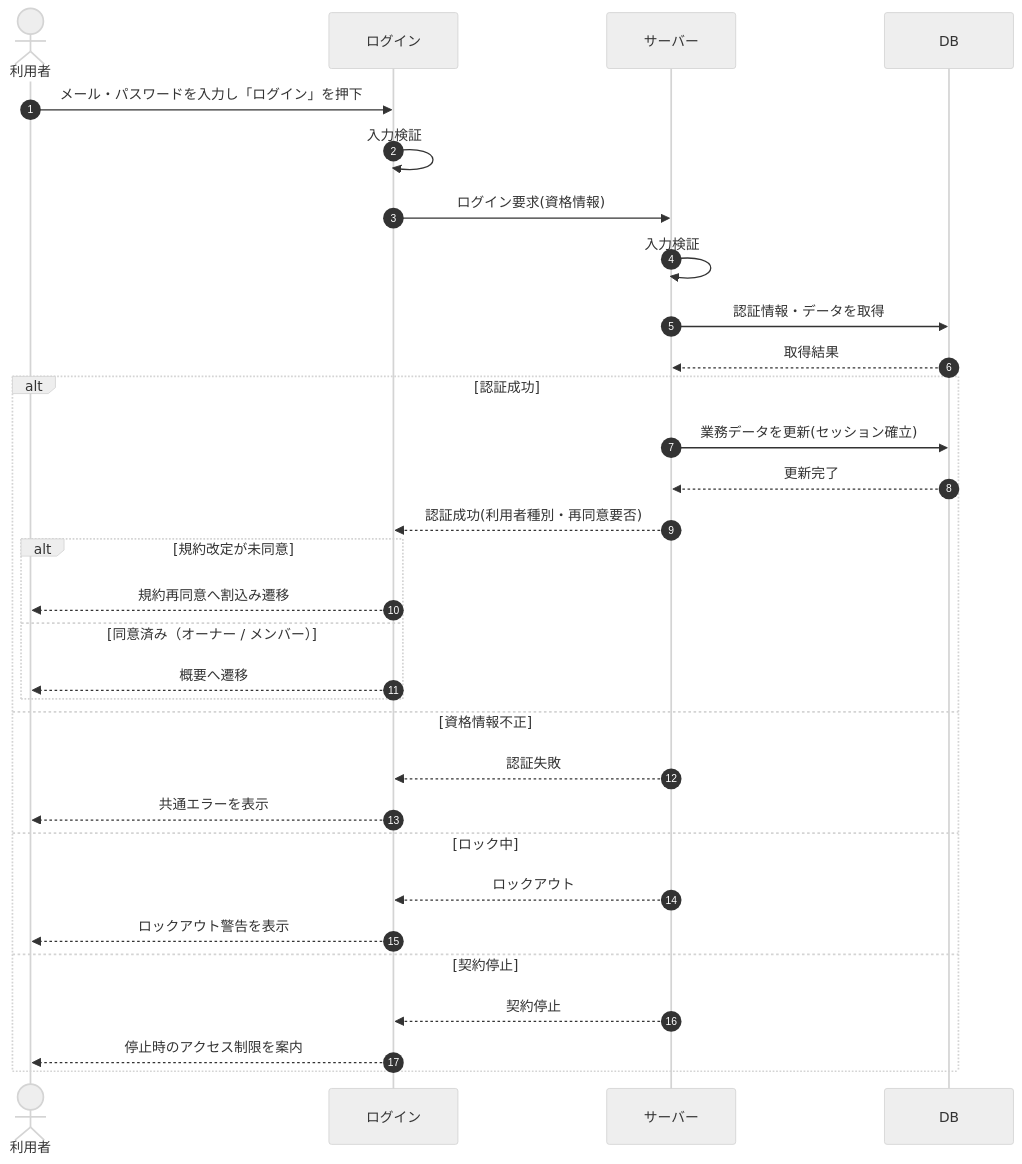
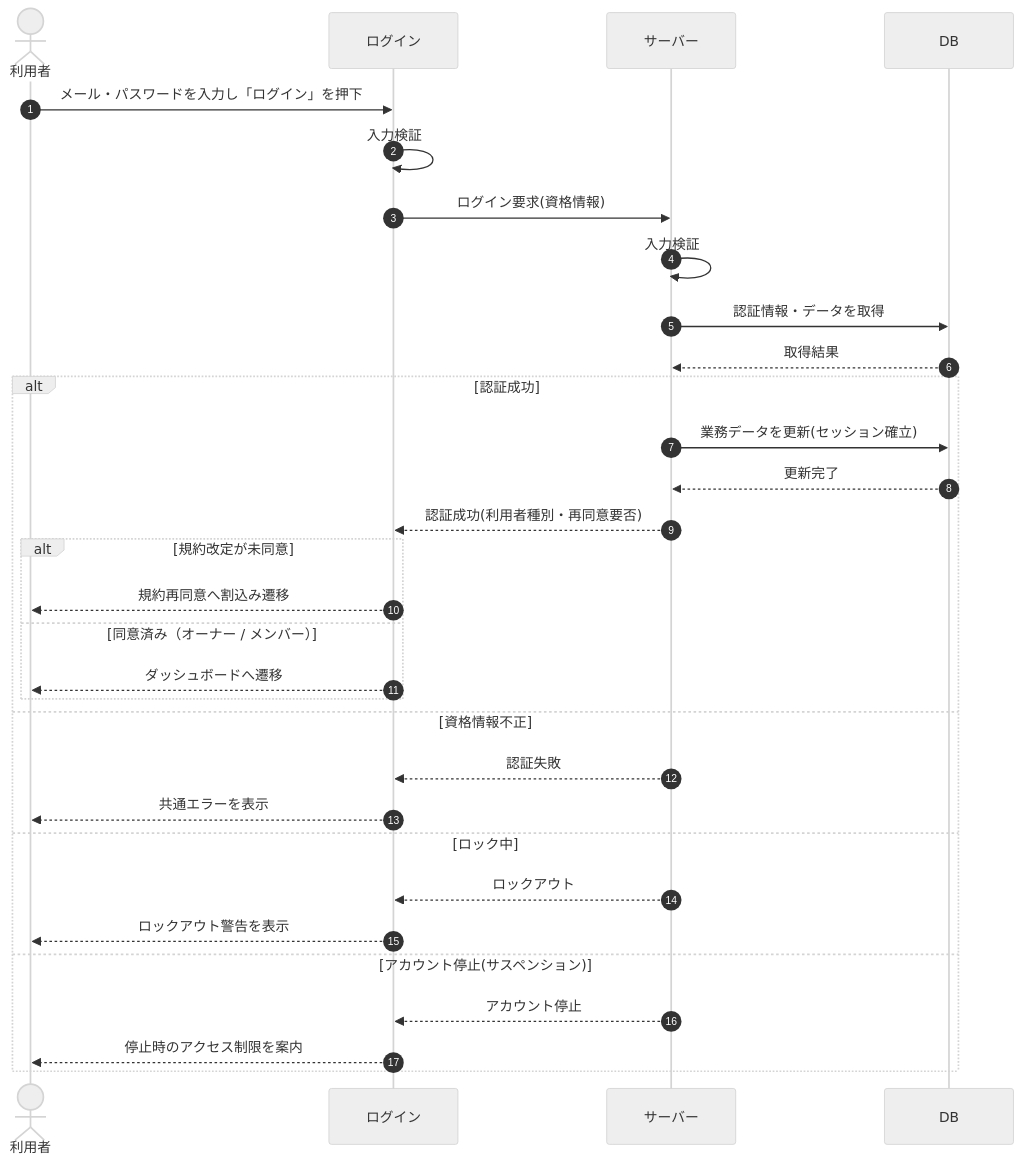
One commit to sikakou54/open-faq changed the diagram in 02_basic_design/03_sequences/SEQ-002.md. Above: the diagram before and after it, drawn with Mermaid (neutral theme). The commit also changed other lines of this file and 294 other files, not shown here.

````diff
--- a/02_basic_design/03_sequences/SEQ-002.md
+++ b/02_basic_design/03_sequences/SEQ-002.md
@@ -24,33 +24,33 @@
 ```mermaid
 sequenceDiagram
   autonumber
   actor U as 利用者
   participant Screen as ログイン
   participant Server as サーバー
   participant DB as DB
   U->>Screen: メール・パスワードを入力し「ログイン」を押下
   Screen->>Screen: 入力検証
   Screen->>Server: ログイン要求(資格情報)
   Server->>Server: 入力検証
   Server->>DB: 認証情報・データを取得
   DB-->>Server: 取得結果
   alt 認証成功
     Server->>DB: 業務データを更新(セッション確立)
     DB-->>Server: 更新完了
     Server-->>Screen: 認証成功(利用者種別・再同意要否)
     alt 規約改定が未同意
       Screen-->>U: 規約再同意へ割込み遷移
     else 同意済み（オーナー / メンバー）
-      Screen-->>U: 概要へ遷移
+      Screen-->>U: ダッシュボードへ遷移
     end
   else 資格情報不正
     Server-->>Screen: 認証失敗
     Screen-->>U: 共通エラーを表示
   else ロック中
     Server-->>Screen: ロックアウト
     Screen-->>U: ロックアウト警告を表示
-  else 契約停止
-    Server-->>Screen: 契約停止
+  else アカウント停止(サスペンション)
+    Server-->>Screen: アカウント停止
     Screen-->>U: 停止時のアクセス制限を案内
   end
 ```
````
